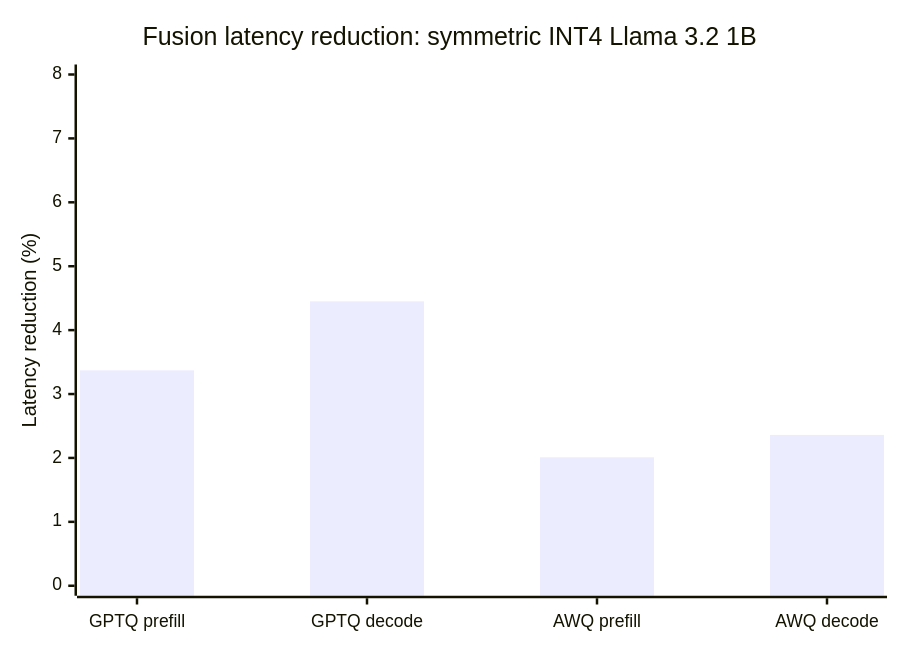
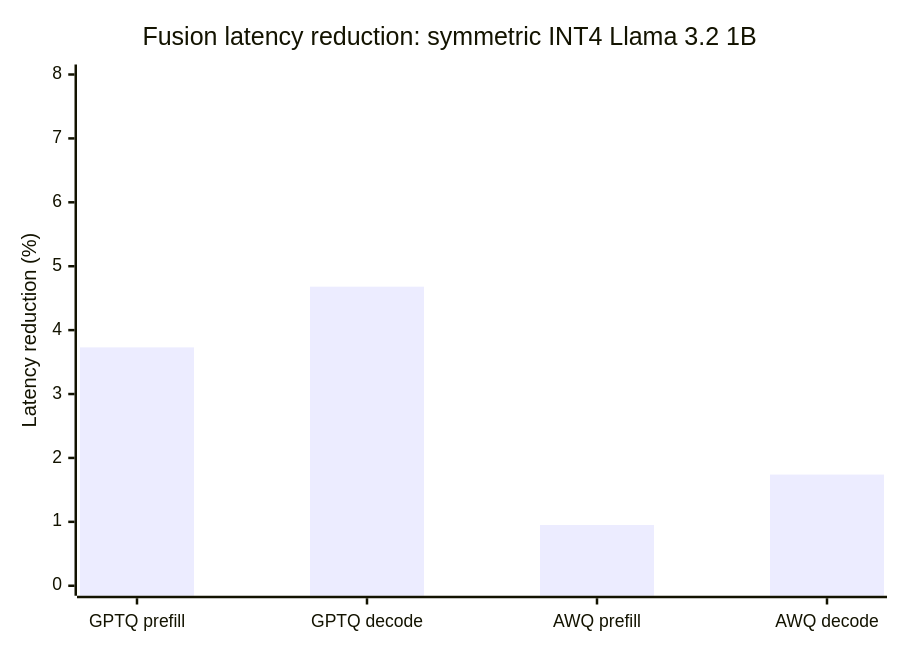
The seventh of 7 diagrams in docs/fusion-planner.md (ModelCloud/GPTQModel), drawn with Mermaid before and after one commit. The commit also changed other lines of this file and 93 other files, not shown here.

````diff
--- a/docs/fusion-planner.md
+++ b/docs/fusion-planner.md
@@ -459,7 +563,7 @@
 ```mermaid
 xychart-beta
     title "Fusion latency reduction: symmetric INT4 Llama 3.2 1B"
     x-axis ["GPTQ prefill", "GPTQ decode", "AWQ prefill", "AWQ decode"]
     y-axis "Latency reduction (%)" 0 --> 8
-    bar [3.37, 4.45, 2.01, 2.36]
+    bar [3.73, 4.68, 0.95, 1.74]
 ```
````
